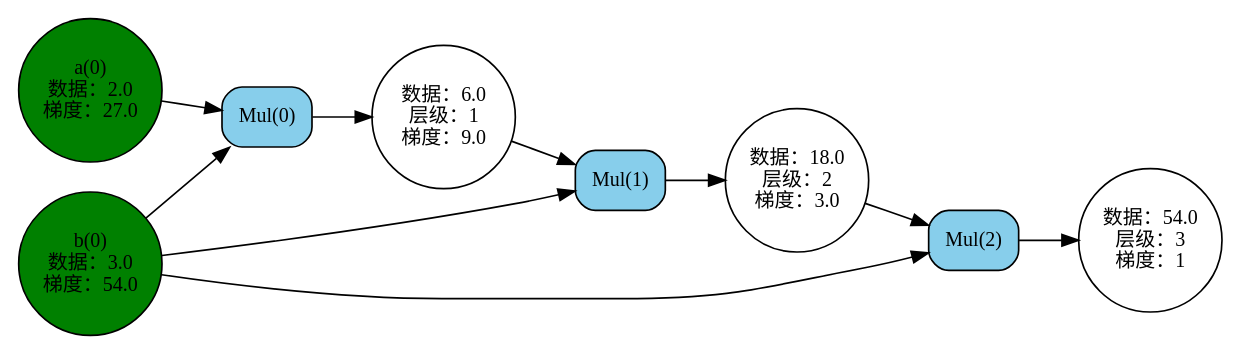
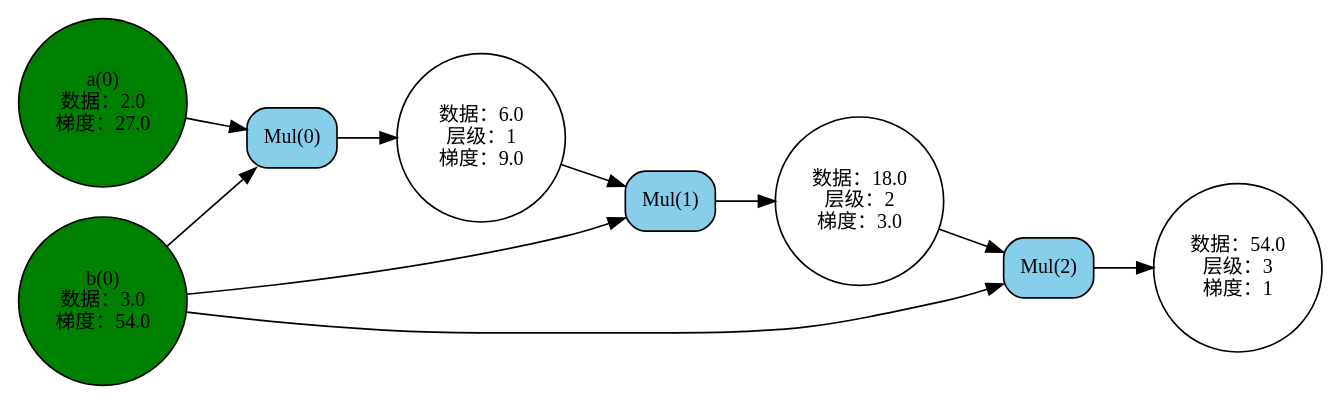
The diagram in steps/step24.dot (dmzc/deep_learning_fish2), drawn with Graphviz before and after one commit. The commit also changed 9 other files, not shown here.

```diff
--- a/steps/step24.dot
+++ b/steps/step24.dot
@@ -1,30 +1,31 @@
 digraph signal_flow {
-	fontname=SimHei rankdir=LR
-	_1642062182048_ [label="Mul(2)" fillcolor="#87CEEB" fontname=SimHei fontsize=12 shape=box style="filled,rounded"]
-	_1642062182336_ [label="数据：54.0
+	fontname=SimHei fontsize=12 rankdir=LR style=filled
+	node [align=left fillcolor=white fontname=SimHei fontsize=12 style=filled]
+	_1856345734400_ [label="Mul(2)" fillcolor="#87CEEB" shape=box style="filled,rounded"]
+	_1856345734688_ [label="数据：54.0
 层级：3
-梯度：1" fillcolor=white fixedsize=1 fontname=SimHei fontsize=12 shape=circle style=filled width=1.2]
-	_1642062182048_ -> _1642062182336_ [label=""]
-	_1642062182192_ [label="数据：18.0
+梯度：1" fillcolor=white fixedsize=1.2 shape=circle width=1.4]
+	_1856345734400_ -> _1856345734688_ [label=""]
+	_1856345734544_ [label="数据：18.0
 层级：2
-梯度：3.0" fillcolor=white fixedsize=1 fontname=SimHei fontsize=12 shape=circle style=filled width=1.2]
-	_1642062182192_ -> _1642062182048_ [label=""]
-	_1642060935472_ [label="Mul(1)" fillcolor="#87CEEB" fontname=SimHei fontsize=12 shape=box style="filled,rounded"]
-	_1642060935472_ -> _1642062182192_ [label=""]
-	_1642062182096_ [label="数据：6.0
+梯度：3.0" fillcolor=white fixedsize=1.2 shape=circle width=1.4]
+	_1856345734544_ -> _1856345734400_ [label=""]
+	_1856344470336_ [label="Mul(1)" fillcolor="#87CEEB" shape=box style="filled,rounded"]
+	_1856344470336_ -> _1856345734544_ [label=""]
+	_1856345734448_ [label="数据：6.0
 层级：1
-梯度：9.0" fillcolor=white fixedsize=1 fontname=SimHei fontsize=12 shape=circle style=filled width=1.2]
-	_1642062182096_ -> _1642060935472_ [label=""]
-	_1641343916528_ [label="Mul(0)" fillcolor="#87CEEB" fontname=SimHei fontsize=12 shape=box style="filled,rounded"]
-	_1641343916528_ -> _1642062182096_ [label=""]
-	_1641343916336_ [label="a(0)
+梯度：9.0" fillcolor=white fixedsize=1.2 shape=circle width=1.4]
+	_1856345734448_ -> _1856344470336_ [label=""]
+	_1855627615424_ [label="Mul(0)" fillcolor="#87CEEB" shape=box style="filled,rounded"]
+	_1855627615424_ -> _1856345734448_ [label=""]
+	_1855627262704_ [label="a(0)
 数据：2.0
-梯度：27.0" fillcolor=green fixedsize=1 fontname=SimHei fontsize=12 shape=circle style=filled width=1.2]
-	_1641343916336_ -> _1641343916528_ [label=""]
-	_1641343916384_ [label="b(0)
+梯度：27.0" fillcolor=green fixedsize=1.2 shape=circle width=1.4]
+	_1855627262704_ -> _1855627615424_ [label=""]
+	_1855621689552_ [label="b(0)
 数据：3.0
-梯度：54.0" fillcolor=green fixedsize=1 fontname=SimHei fontsize=12 shape=circle style=filled width=1.2]
-	_1641343916384_ -> _1641343916528_ [label=""]
-	_1641343916384_ -> _1642060935472_ [label=""]
-	_1641343916384_ -> _1642062182048_ [label=""]
+梯度：54.0" fillcolor=green fixedsize=1.2 shape=circle width=1.4]
+	_1855621689552_ -> _1855627615424_ [label=""]
+	_1855621689552_ -> _1856344470336_ [label=""]
+	_1855621689552_ -> _1856345734400_ [label=""]
 }
```
